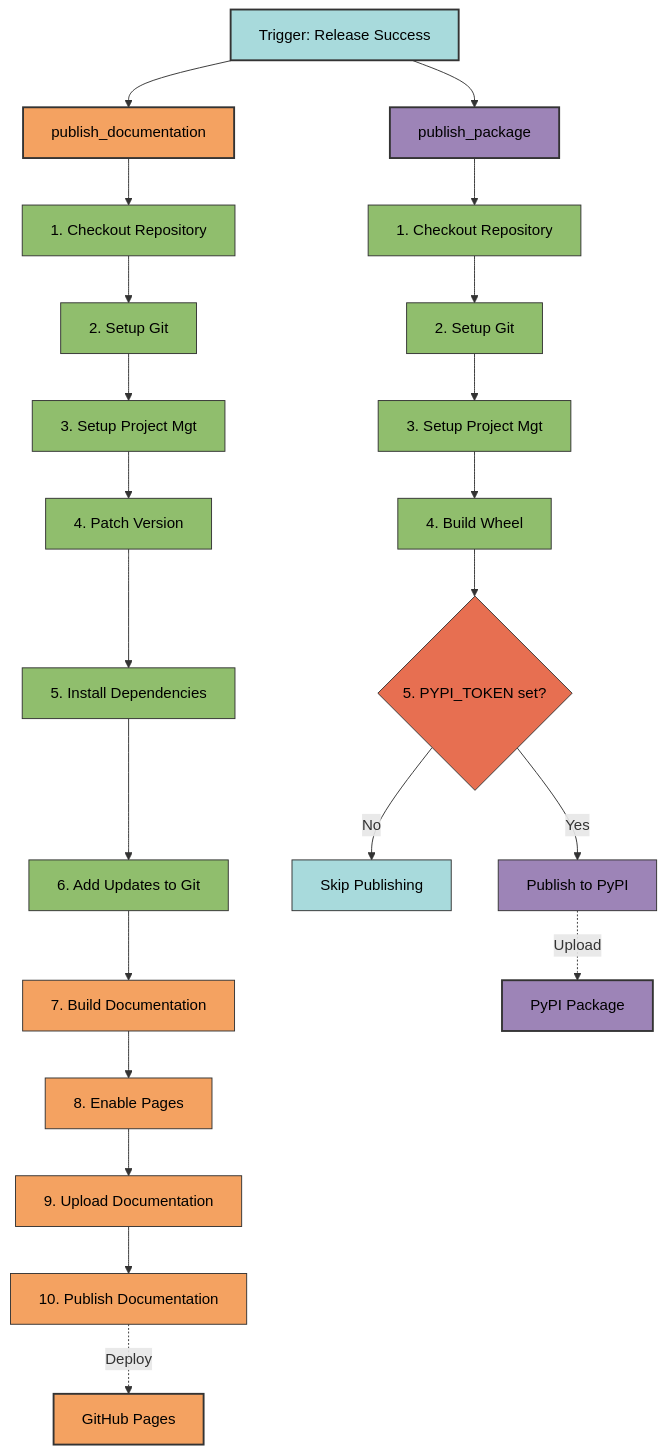
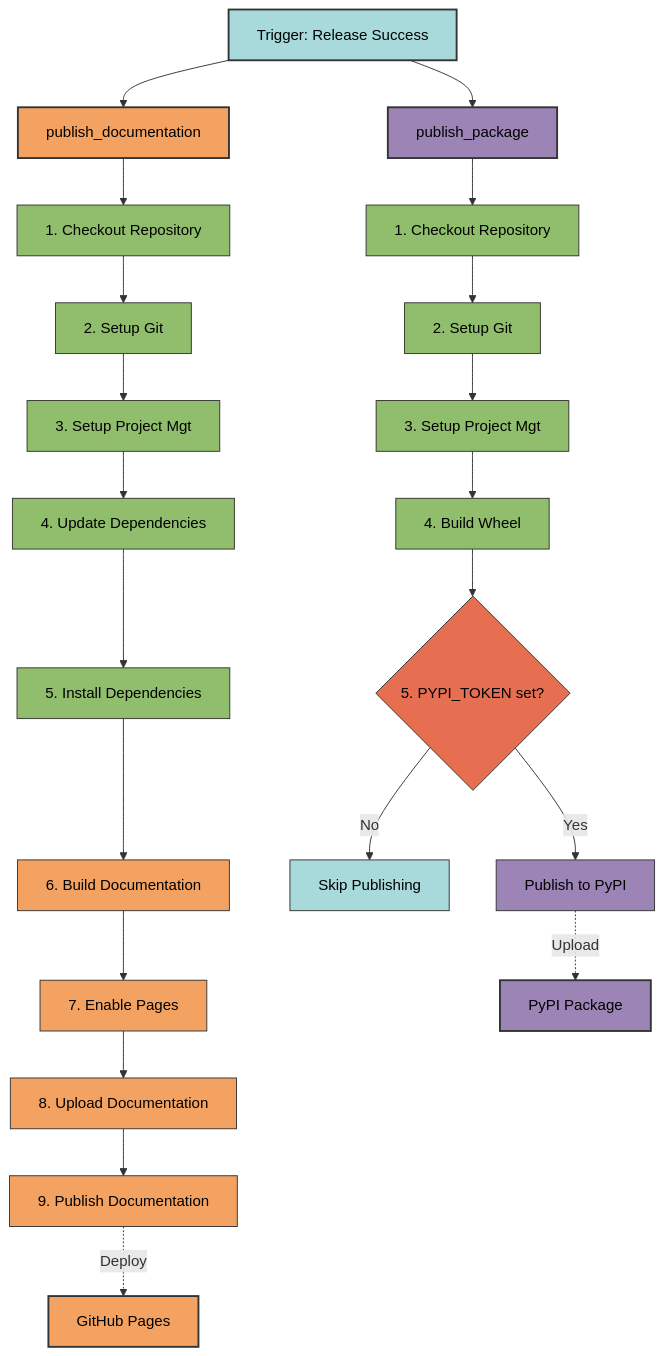
The diagram in docs/configs/workflows/publish.md (Winipedia/pyrig), drawn with Mermaid before and after one commit. The commit also changed other lines of this file and 9 other files, not shown here.

````diff
--- a/docs/configs/workflows/publish.md
+++ b/docs/configs/workflows/publish.md
@@ -33,50 +33,48 @@
 ```mermaid
 graph TD
     A[Trigger: Release Success] --> B[publish_package]
     A --> C[publish_documentation]
 
     B --> B1[1. Checkout Repository]
     B1 --> B2[2. Setup Git]
     B2 --> B3[3. Setup Project Mgt]
     B3 --> B4[4. Build Wheel]
     B4 --> B5{5. PYPI_TOKEN set?}
     B5 -->|Yes| B6[Publish to PyPI]
     B5 -->|No| B7[Skip Publishing]
 
     C --> C1[1. Checkout Repository]
     C1 --> C2[2. Setup Git]
     C2 --> C3[3. Setup Project Mgt]
-    C3 --> C4[4. Patch Version]
+    C3 --> C4[4. Update Dependencies]
     C4 --> C5[5. Install Dependencies]
-    C5 --> C6[6. Add Updates to Git]
-    C6 --> C7[7. Build Documentation]
-    C7 --> C8[8. Enable Pages]
-    C8 --> C9[9. Upload Documentation]
-    C9 --> C10[10. Publish Documentation]
+    C5 --> C6[6. Build Documentation]
+    C6 --> C7[7. Enable Pages]
+    C7 --> C8[8. Upload Documentation]
+    C8 --> C9[9. Publish Documentation]
 
-    B6 -.->|Upload| P1[PyPI Package]
-    C10 -.->|Deploy| P2[GitHub Pages]
+	    B6 -.->|Upload| P1[PyPI Package]
+	    C9 -.->|Deploy| P2[GitHub Pages]
 
     style A fill:#a8dadc,stroke:#333,stroke-width:2px,color:#000
     style B fill:#9d84b7,stroke:#333,stroke-width:2px,color:#000
     style C fill:#f4a261,stroke:#333,stroke-width:2px,color:#000
     style B1 fill:#90be6d,stroke:#333,stroke-width:1px,color:#000
     style B2 fill:#90be6d,stroke:#333,stroke-width:1px,color:#000
     style B3 fill:#90be6d,stroke:#333,stroke-width:1px,color:#000
     style B4 fill:#90be6d,stroke:#333,stroke-width:1px,color:#000
     style B5 fill:#e76f51,stroke:#333,stroke-width:1px,color:#000
     style B6 fill:#9d84b7,stroke:#333,stroke-width:1px,color:#000
     style B7 fill:#a8dadc,stroke:#333,stroke-width:1px,color:#000
     style C1 fill:#90be6d,stroke:#333,stroke-width:1px,color:#000
     style C2 fill:#90be6d,stroke:#333,stroke-width:1px,color:#000
-    style C3 fill:#90be6d,stroke:#333,stroke-width:1px,color:#000
-    style C4 fill:#90be6d,stroke:#333,stroke-width:1px,color:#000
-    style C5 fill:#90be6d,stroke:#333,stroke-width:1px,color:#000
-    style C6 fill:#90be6d,stroke:#333,stroke-width:1px,color:#000
-    style C7 fill:#f4a261,stroke:#333,stroke-width:1px,color:#000
-    style C8 fill:#f4a261,stroke:#333,stroke-width:1px,color:#000
-    style C9 fill:#f4a261,stroke:#333,stroke-width:1px,color:#000
-    style C10 fill:#f4a261,stroke:#333,stroke-width:1px,color:#000
+	    style C3 fill:#90be6d,stroke:#333,stroke-width:1px,color:#000
+	    style C4 fill:#90be6d,stroke:#333,stroke-width:1px,color:#000
+	    style C5 fill:#90be6d,stroke:#333,stroke-width:1px,color:#000
+	    style C6 fill:#f4a261,stroke:#333,stroke-width:1px,color:#000
+	    style C7 fill:#f4a261,stroke:#333,stroke-width:1px,color:#000
+	    style C8 fill:#f4a261,stroke:#333,stroke-width:1px,color:#000
+	    style C9 fill:#f4a261,stroke:#333,stroke-width:1px,color:#000
     style P1 fill:#9d84b7,stroke:#333,stroke-width:2px,color:#000
     style P2 fill:#f4a261,stroke:#333,stroke-width:2px,color:#000
 ```
````
